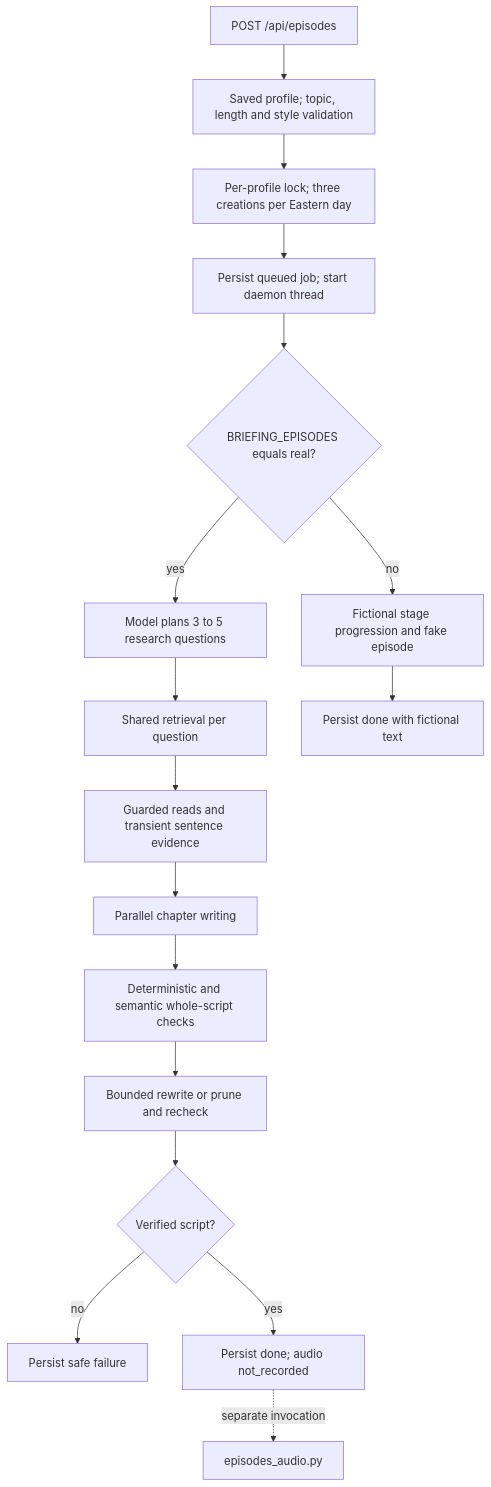
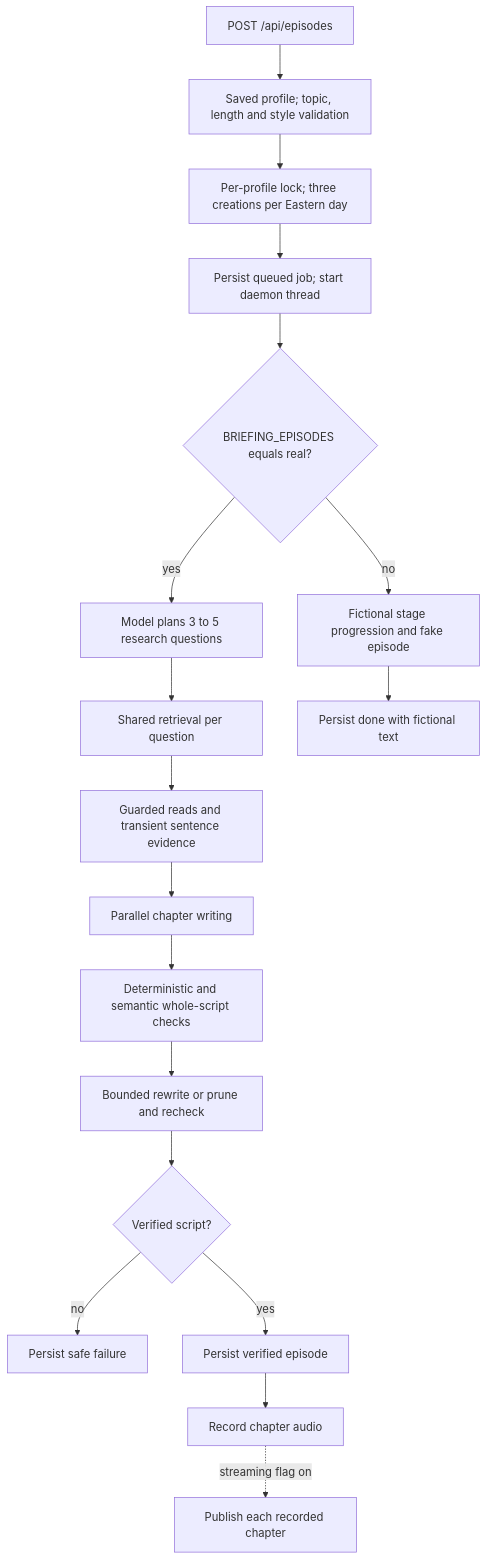
One commit to BenCBanks/briefing changed the third of 5 diagrams in docs/architecture.md. Above: the diagram before and after it, drawn with Mermaid. The commit also changed other lines of this file and 10 other files, not shown here.

First line of the commit message:
Stream episode audio chapter by chapter (#136)

````diff
--- a/docs/architecture.md
+++ b/docs/architecture.md
@@ -130,19 +130,20 @@
 ```mermaid
 flowchart TD
     Request[POST /api/episodes] --> Validate[Saved profile; topic, length and style validation]
     Validate --> Quota[Per-profile lock; three creations per Eastern day]
     Quota --> Persist[Persist queued job; start daemon thread]
     Persist --> Mode{BRIEFING_EPISODES equals real?}
     Mode -- no --> Fake[Fictional stage progression and fake episode]
     Mode -- yes --> Plan[Model plans 3 to 5 research questions]
     Plan --> Search[Shared retrieval per question]
     Search --> Read[Guarded reads and transient sentence evidence]
     Read --> Write[Parallel chapter writing]
     Write --> Verify[Deterministic and semantic whole-script checks]
     Verify --> Repair[Bounded rewrite or prune and recheck]
     Repair --> Result{Verified script?}
     Result -- no --> Failed[Persist safe failure]
-    Result -- yes --> Text[Persist done; audio not_recorded]
+    Result -- yes --> Text[Persist verified episode]
+    Text --> Audio[Record chapter audio]
     Fake --> FixtureDone[Persist done with fictional text]
-    Text -. separate invocation .-> Audio[episodes_audio.py]
+    Audio -. streaming flag on .-> Stream[Publish each recorded chapter]
 ```
````
